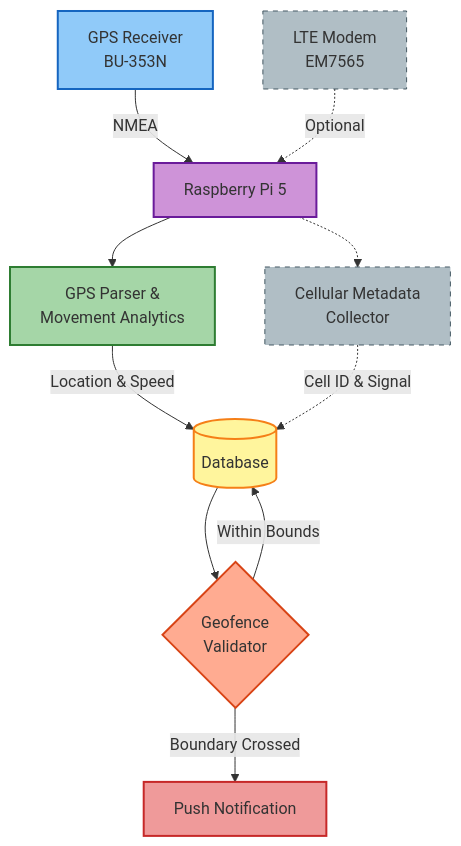
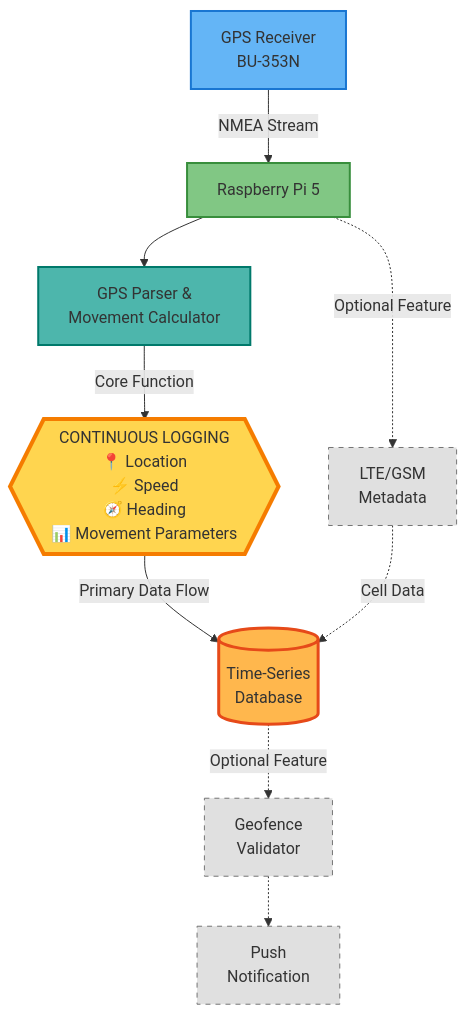
The diagram in README.md (cramos93/Raspberry-Pi-GPS-Cellular-Data-Logger), drawn with Mermaid before and after one commit.

Commit message:
README.md

````diff
--- a/README.md
+++ b/README.md
@@ -76,24 +76,25 @@
 ```mermaid
 graph TB
-    GPS[GPS Receiver<br/>BU-353N] -->|NMEA| PI[Raspberry Pi 5]
-    LTE[LTE Modem<br/>EM7565] -.->|Optional| PI
+    GPS[GPS Receiver<br/>BU-353N] -->|NMEA Stream| PI[Raspberry Pi 5]
     
-    PI --> PARSE[GPS Parser &<br/>Movement Analytics]
-    PI -.-> META[Cellular Metadata<br/>Collector]
+    PI --> PARSE[GPS Parser &<br/>Movement Calculator]
     
-    PARSE -->|Location & Speed| DB[(Database)]
-    META -.->|Cell ID & Signal| DB
+    PARSE -->|Core Function| CORE{{"CONTINUOUS LOGGING<br/>📍 Location<br/>⚡ Speed<br/>🧭 Heading<br/>📊 Movement Parameters"}}
     
-    DB --> FENCE{Geofence<br/>Validator}
-    FENCE -->|Boundary Crossed| NOTIFY[Push Notification]
-    FENCE -->|Within Bounds| DB
+    CORE -->|Primary Data Flow| DB[(Time-Series<br/>Database)]
     
-    style GPS fill:#90caf9,stroke:#1565c0,stroke-width:2px
-    style PI fill:#ce93d8,stroke:#6a1b9a,stroke-width:2px
-    style PARSE fill:#a5d6a7,stroke:#2e7d32,stroke-width:2px
-    style DB fill:#fff59d,stroke:#f57f17,stroke-width:2px
-    style FENCE fill:#ffab91,stroke:#d84315,stroke-width:2px
-    style NOTIFY fill:#ef9a9a,stroke:#c62828,stroke-width:2px
-    style LTE fill:#b0bec5,stroke:#455a64,stroke-width:1px,stroke-dasharray: 5 5
-    style META fill:#b0bec5,stroke:#455a64,stroke-width:1px,stroke-dasharray: 5 5
+    DB -.->|Optional Feature| FENCE[Geofence<br/>Validator]
+    FENCE -.-> NOTIFY[Push<br/>Notification]
+    
+    PI -.->|Optional Feature| META[LTE/GSM<br/>Metadata]
+    META -.->|Cell Data| DB
+    
+    style GPS fill:#64b5f6,stroke:#1976d2,stroke-width:2px
+    style PI fill:#81c784,stroke:#388e3c,stroke-width:2px
+    style PARSE fill:#4db6ac,stroke:#00796b,stroke-width:2px
+    style CORE fill:#ffd54f,stroke:#f57c00,stroke-width:4px
+    style DB fill:#ffb74d,stroke:#e64a19,stroke-width:3px
+    style FENCE fill:#e0e0e0,stroke:#757575,stroke-width:1px,stroke-dasharray: 5 5
+    style NOTIFY fill:#e0e0e0,stroke:#757575,stroke-width:1px,stroke-dasharray: 5 5
+    style META fill:#e0e0e0,stroke:#757575,stroke-width:1px,stroke-dasharray: 5 5
 ```
````
